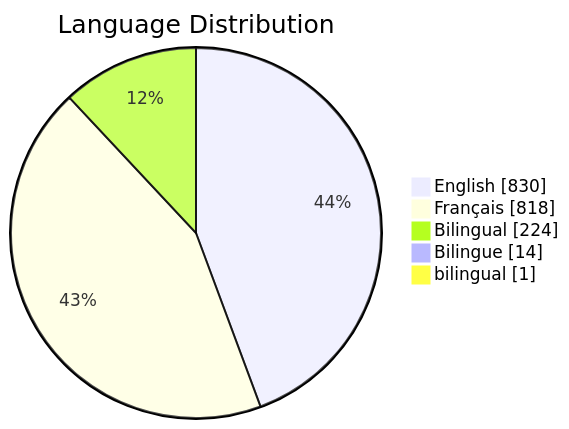
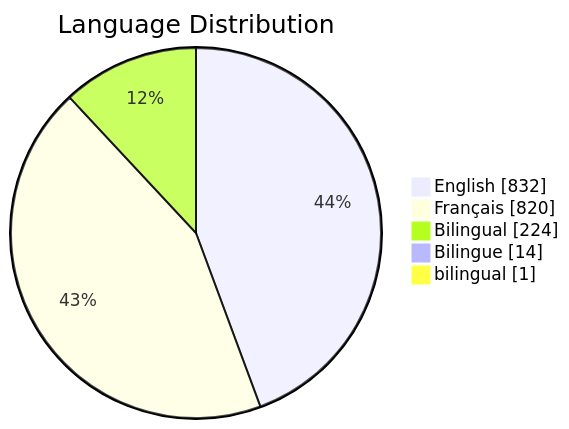
One commit to PatLittle/GC-Socials changed the third of 6 diagrams in README.md. Above: the diagram before and after it, drawn with Mermaid. The commit also changed other lines of this file, not shown here.

Commit message:
Update README with Platform Distribution pie chart

````diff
--- a/README.md
+++ b/README.md
@@ -66,8 +66,8 @@
 ```mermaid
 pie showData title Language Distribution
-    "English": 830
-    "Français": 818
+    "English": 832
+    "Français": 820
     "Bilingual": 224
     "Bilingue": 14
     "bilingual": 1
 ```
````
